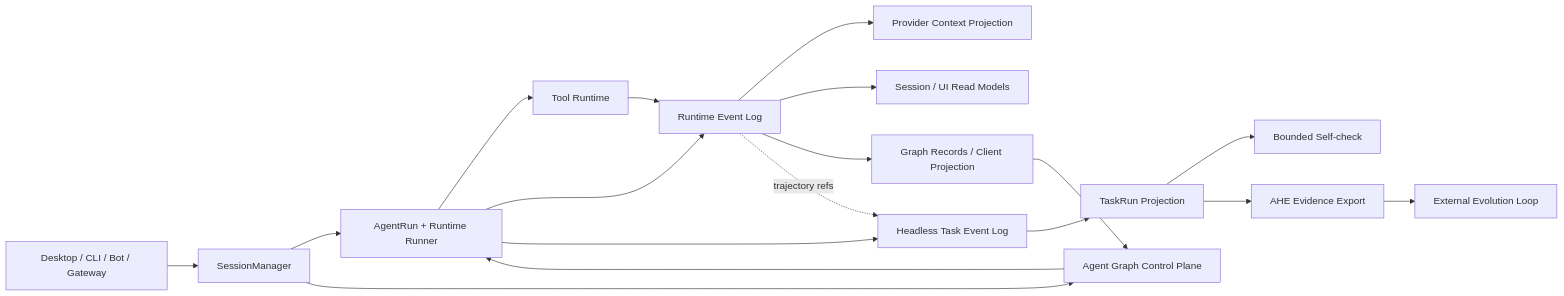
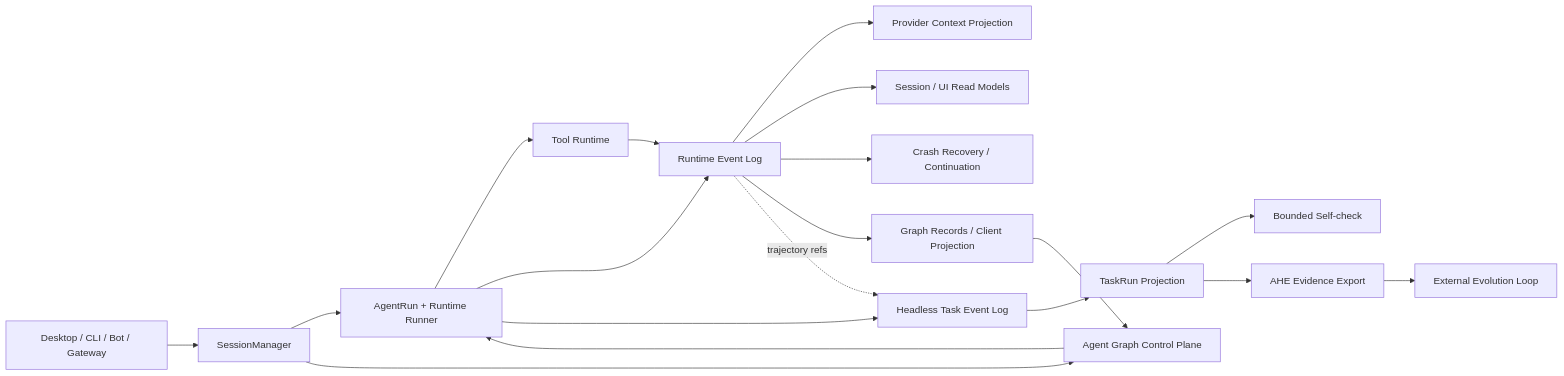
One commit to 1625567290/maka-agent changed the diagram in ARCHITECTURE.md. Above: the diagram before and after it, drawn with Mermaid. The commit also changed other lines of this file and 4 other files, not shown here.

````diff
--- a/ARCHITECTURE.md
+++ b/ARCHITECTURE.md
@@ -11,22 +11,23 @@
 ```mermaid
 flowchart LR
     U["Desktop / CLI / Bot / Gateway"] --> S["SessionManager"]
     S --> R["AgentRun + Runtime Runner"]
     R --> T["Tool Runtime"]
     R --> L["Runtime Event Log"]
     R --> H["Headless Task Event Log"]
     T --> L
     S --> G["Agent Graph Control Plane"]
     G --> R
 
     L --> C["Provider Context Projection"]
     L --> V["Session / UI Read Models"]
+    L --> X["Crash Recovery / Continuation"]
     L --> GP["Graph Records / Client Projection"]
     GP --> G
     L -. "trajectory refs" .-> H
 
     H --> P["TaskRun Projection"]
     P --> K["Bounded Self-check"]
     P --> E["AHE Evidence Export"]
     E --> A["External Evolution Loop"]
 ```
````
